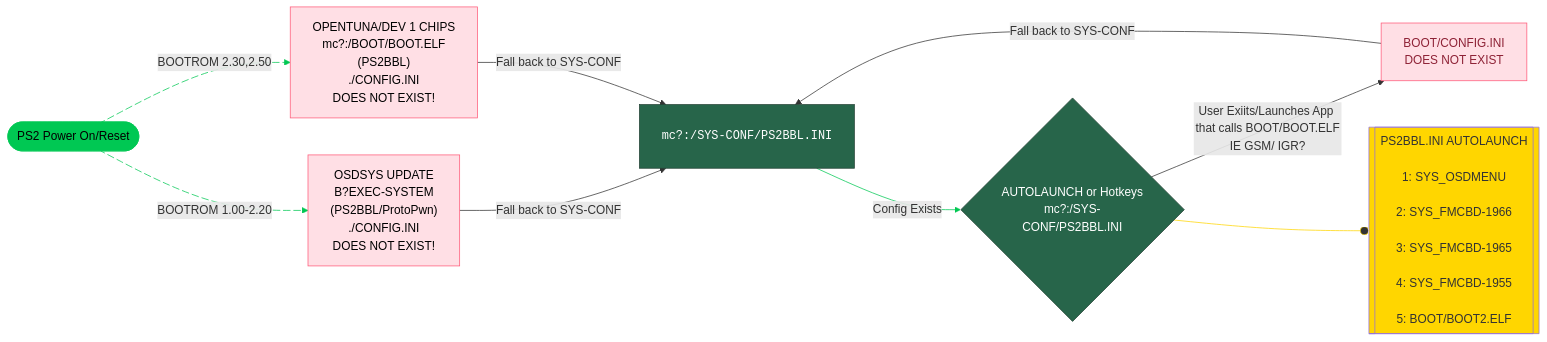
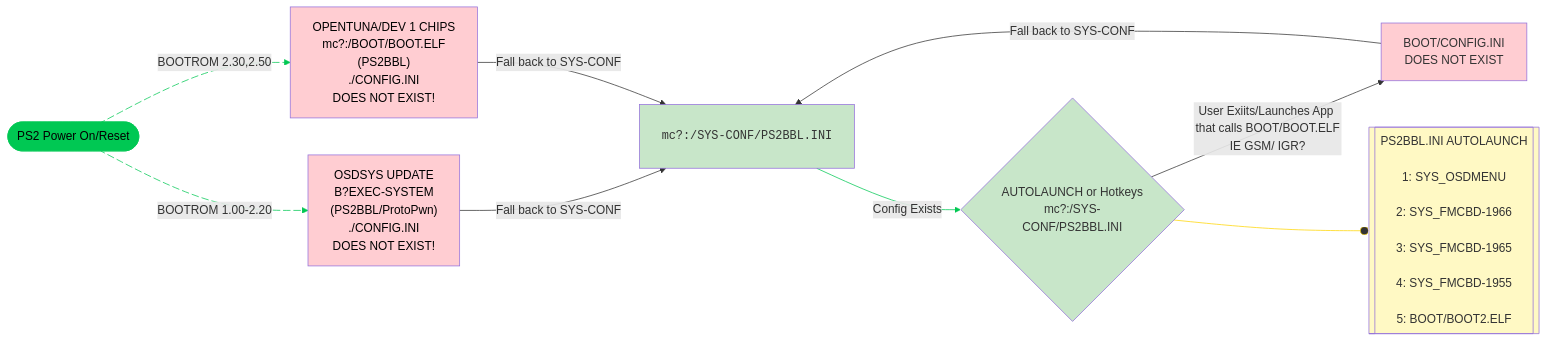
Before and after one commit to playerjmr/ps2homebrewstore: the diagram in docs/umcs/index.md, drawn with Mermaid.

````diff
--- a/docs/umcs/index.md
+++ b/docs/umcs/index.md
@@ -74,41 +74,33 @@
 ```mermaid
 graph LR
     A(["PS2 Power On/Reset"]) L_A_B_0@-- "BOOTROM 1.00-2.20" --> B["OSDSYS UPDATE<br>B?EXEC-SYSTEM<br>(PS2BBL/ProtoPwn)<br>./CONFIG.INI <br>DOES NOT EXIST!"]
     A L_A_n1_0@-- "BOOTROM 2.30,2.50" --> n1["OPENTUNA/DEV 1 CHIPS<br>mc?:/BOOT/BOOT.ELF<br>(PS2BBL)<br>./CONFIG.INI <br>DOES NOT EXIST!"]
     n5@{ label: "<pre style=\"font-family:\"><code style=\"font-family:\">mc?:/SYS-CONF/PS2BBL.INI</code></pre>" } -- Config Exists --> n6["AUTOLAUNCH or Hotkeys<br>mc?:/SYS-CONF/PS2BBL.INI"]
     B -- "Fall back to SYS-CONF" --> n5
     n1 -- "Fall back to SYS-CONF" --> n5
     n6 -- "User Exiits/Launches App that calls BOOT/BOOT.ELF<br>IE GSM/ IGR?" --> n7["BOOT/CONFIG.INI <br>DOES NOT EXIST"]
     n7 -- "Fall back to SYS-CONF" --> n5
     n6 --o n10@{ label: "PS2BBL.INI AUTOLAUNCH<br style=\"--tw-scale-x:\"><br style=\"--tw-scale-x:\">1: SYS_OSDMENU<br style=\"--tw-scale-x:\"><br style=\"--tw-scale-x:\">2: SYS_FMCBD-1966<br style=\"--tw-scale-x:\"><br style=\"--tw-scale-x:\">3: SYS_FMCBD-1965<br style=\"--tw-scale-x:\"><br style=\"--tw-scale-x:\">4: SYS_FMCBD-1955<br style=\"--tw-scale-x:\"><br style=\"--tw-scale-x:\">5: BOOT/BOOT2.ELF" }
     B@{ shape: rect}
     n1@{ shape: rect}
     n5@{ shape: proc}
     n6@{ shape: diam}
     n7@{ shape: rect}
     n10@{ shape: subproc}
      A:::Ash
-     B:::Rose
-     n1:::Ash
-     n1:::Aqua
-     n1:::Rose
-     n5:::Ash
-     n5:::Pine
-     n6:::Ash
-     n6:::Pine
-     n7:::Rose
     classDef Ash stroke-width:1px, stroke-dasharray:none, stroke:#999999, fill:#EEEEEE, color:#000000
-    classDef Pine stroke-width:1px, stroke-dasharray:none, stroke:#254336, fill:#27654A, color:#FFFFFF
-    classDef Aqua stroke-width:1px, stroke-dasharray:none, stroke:#46EDC8, fill:#DEFFF8, color:#378E7A
-    classDef Rose stroke-width:1px, stroke-dasharray:none, stroke:#FF5978, fill:#FFDFE5, color:#8E2236
     style A stroke:#00C853,fill:#00C853,color:none
-    style B color:#000000
-    style n1 color:#000000
-    style n10 fill:#FFD600
+    style B color:#000000,fill:#FFCDD2
+    style n1 color:#000000,fill:#FFCDD2
+    style n5 fill:#C8E6C9
+    style n6 fill:#C8E6C9
+    style n7 fill:#FFCDD2
+    style n10 fill:#FFF9C4
     linkStyle 0 stroke:#00C853,fill:none
     linkStyle 1 stroke:#00C853,fill:none
     linkStyle 2 stroke:#00C853,fill:none
     linkStyle 7 stroke:#FFD600,fill:none
     L_A_B_0@{ animation: slow } 
     L_A_n1_0@{ animation: slow }
+
 ```
````
